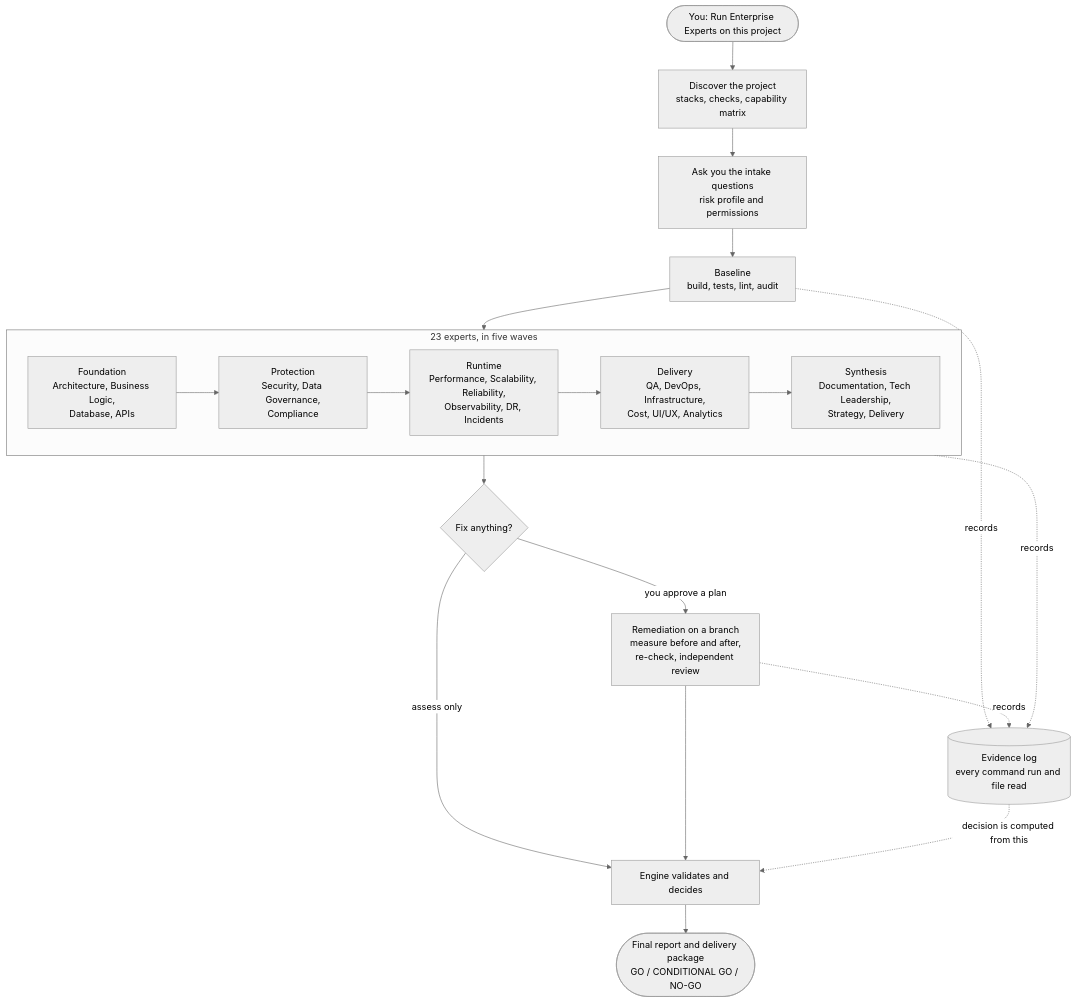
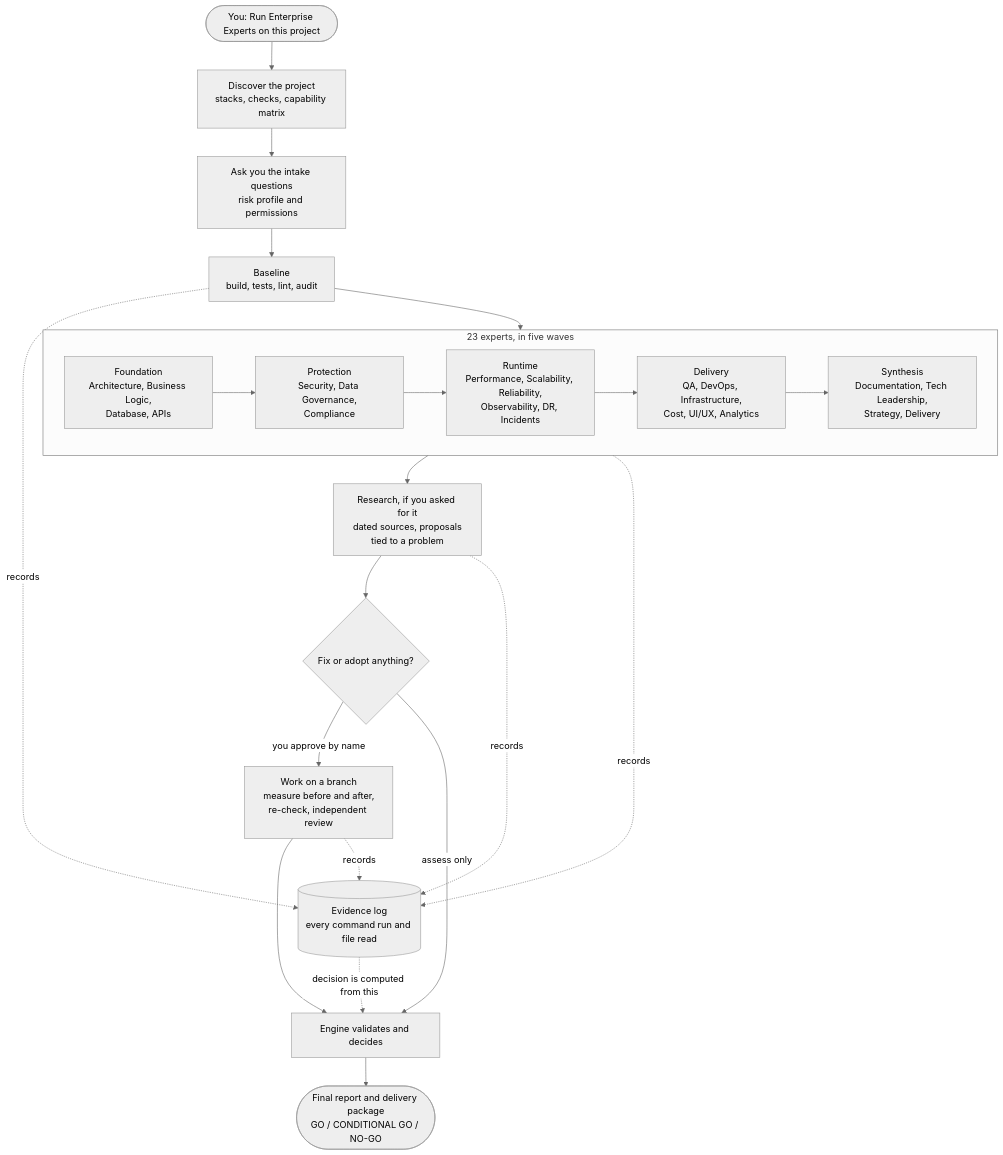
One commit to saradchamas/Enterprise-Experts-by-Sara changed the first of 5 diagrams in README.md. Above: the diagram before and after it, drawn with Mermaid (neutral theme). The commit also changed other lines of this file and 4 other files, not shown here.

````diff
--- a/README.md
+++ b/README.md
@@ -42,27 +50,29 @@
 ```mermaid
 flowchart TD
     U(["You: Run Enterprise Experts on this project"]) --> D[Discover the project<br/>stacks, checks, capability matrix]
     D --> Q[Ask you the intake questions<br/>risk profile and permissions]
     Q --> B[Baseline<br/>build, tests, lint, audit]
     B --> W1
 
     subgraph EXPERTS [23 experts, in five waves]
         direction LR
         W1[Foundation<br/>Architecture, Business Logic,<br/>Database, APIs] --> W2[Protection<br/>Security, Data Governance,<br/>Compliance]
         W2 --> W3[Runtime<br/>Performance, Scalability, Reliability,<br/>Observability, DR, Incidents]
         W3 --> W4[Delivery<br/>QA, DevOps, Infrastructure,<br/>Cost, UI/UX, Analytics]
         W4 --> W5[Synthesis<br/>Documentation, Tech Leadership,<br/>Strategy, Delivery]
     end
 
-    W5 --> P{Fix anything?}
-    P -- "you approve a plan" --> R[Remediation on a branch<br/>measure before and after,<br/>re-check, independent review]
+    W5 --> RS[Research, if you asked for it<br/>dated sources, proposals<br/>tied to a problem]
+    RS --> P{Fix or adopt anything?}
+    P -- "you approve by name" --> R[Work on a branch<br/>measure before and after,<br/>re-check, independent review]
     P -- "assess only" --> S
     R --> S[Engine validates and decides]
     S --> O([Final report and delivery package<br/>GO / CONDITIONAL GO / NO-GO])
 
     E[(Evidence log<br/>every command run and file read)]
     B -. records .-> E
     EXPERTS -. records .-> E
+    RS -. records .-> E
     R -. records .-> E
     E -. "decision is computed from this" .-> S
 ```
````
